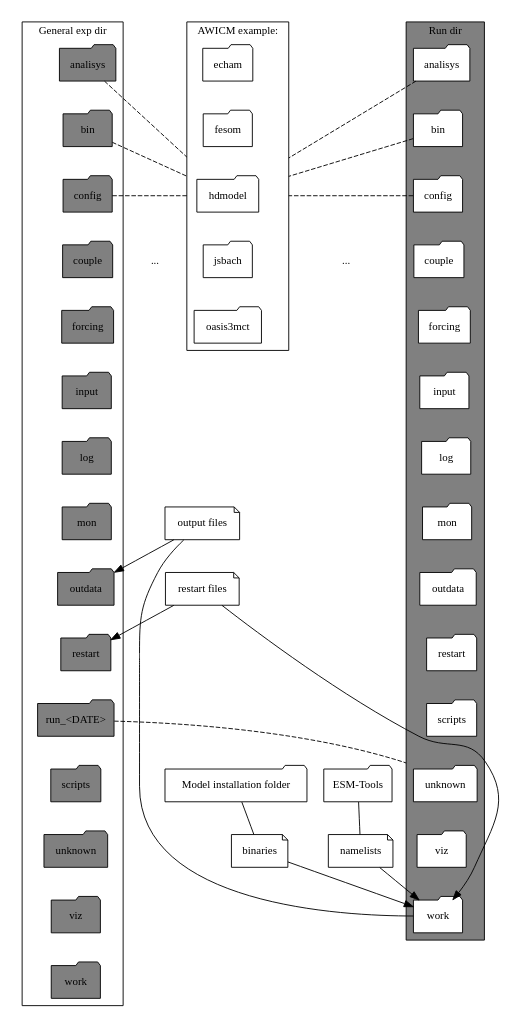
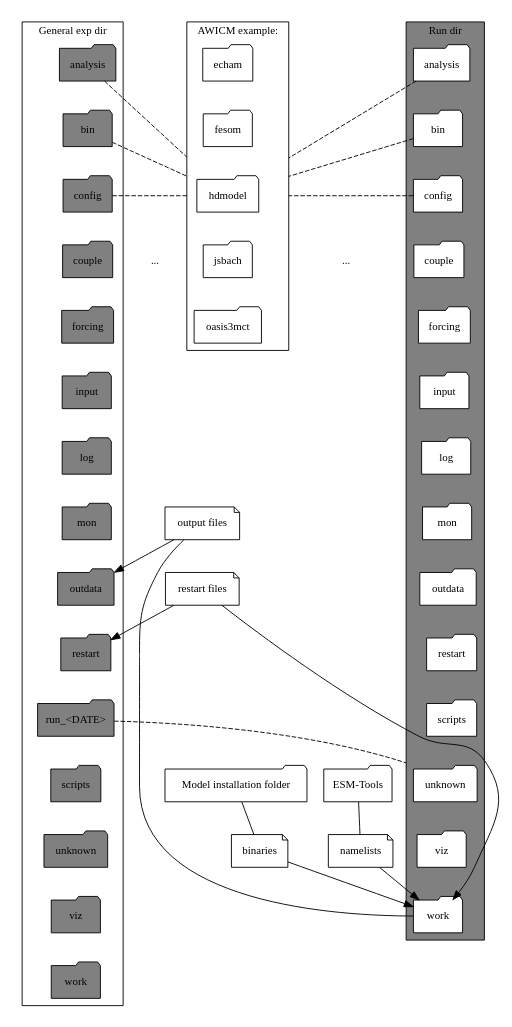
Before and after one commit to esm-tools/esm_tools: the diagram in docs/graph/exp_dir_struct.dot, drawn with Graphviz.

Commit message:
typo in the graph fixed

```diff
--- a/docs/graph/exp_dir_struct.dot
+++ b/docs/graph/exp_dir_struct.dot
@@ -1,140 +1,140 @@
 # WHAT A NIGHTMARE OF GRAPH!
 digraph "dir_struct" {
     size="10.0";
     graph [fontname="Verdana", fontsize="12"];
     node [fontname="Verdana", fontsize="12"];
     edge [fontname="Sans", fontsize="12"];
     rankdir="TB";
     compound=true;
 
     # GENERAL FOLDER SUBGROUP
     subgraph cluster0
     {
         label="General exp dir";
         node [style=filled];
         fontname="bold";
         color=black;
 
         # SUBFOLDERS
-        ane [label="analisys", shape="folder", fillcolor="gray", style=filled];
+        ane [label="analysis", shape="folder", fillcolor="gray", style=filled];
         bie [label="bin", shape="folder", fillcolor="gray", style=filled];
         cfe [label="config", shape="folder", fillcolor="gray", style=filled];
         cpe [label="couple", shape="folder", fillcolor="gray", style=filled];
         foe [label="forcing", shape="folder", fillcolor="gray", style=filled];
         ine [label="input", shape="folder", fillcolor="gray", style=filled];
         loe [label="log", shape="folder", fillcolor="gray", style=filled];
         moe [label="mon", shape="folder", fillcolor="gray", style=filled];
         oue [label="outdata", shape="folder", fillcolor="gray", style=filled];
         ree [label="restart", shape="folder", fillcolor="gray", style=filled];
         rue [label="run_<DATE>", shape="folder", fillcolor="gray", style=filled];
         sce [label="scripts", shape="folder", fillcolor="gray", style=filled];
         une [label="unknown", shape="folder", fillcolor="gray", style=filled];
         vie [label="viz", shape="folder", fillcolor="gray", style=filled];
         woe [label="work", shape="folder", fillcolor="gray", style=filled];
 
         # VERTICAL ALIGNMENT OF SUBFOLDERS
         ane -> bie -> cfe -> cpe -> foe -> ine -> loe -> moe -> oue -> ree -> rue -> sce -> une -> vie -> woe[style=invis];
     }
 
     # RUN FOLDER SUBGROUP
     subgraph cluster1
     {
         label="Run dir";
         node [style=filled];
         fontname="bold";
         style=filled;
         color=black;
         fillcolor=gray;
 
         # SUBFOLDERS
-        anr [label="analisys", shape="folder", fillcolor="white", style=filled];
+        anr [label="analysis", shape="folder", fillcolor="white", style=filled];
         bir [label="bin", shape="folder", fillcolor="white", style=filled];
         cfr [label="config", shape="folder", fillcolor="white", style=filled];
         cpr [label="couple", shape="folder", fillcolor="white", style=filled];
         for [label="forcing", shape="folder", fillcolor="white", style=filled];
         inr [label="input", shape="folder", fillcolor="white", style=filled];
         lor [label="log", shape="folder", fillcolor="white", style=filled];
         mor [label="mon", shape="folder", fillcolor="white", style=filled];
         our [label="outdata", shape="folder", fillcolor="white", style=filled];
         rer [label="restart", shape="folder", fillcolor="white", style=filled];
         scr [label="scripts", shape="folder", fillcolor="white", style=filled];
         unr [label="unknown", shape="folder", fillcolor="white", style=filled];
         vir [label="viz", shape="folder", fillcolor="white", style=filled];
         wor [label="work", shape="folder", fillcolor="white", style=filled];
 
         # VERTICAL ALIGNMENT OF SUBFOLDERS
         anr -> bir -> cfr -> cpr -> for -> inr -> lor -> mor -> our -> rer -> scr -> unr -> vir -> wor [style=invis];
     }
 
     # LINK RUN FOLDER WITH THE RUN FOLDER GROUP (DASHED LINE). lhead_cluster MAKES THE LINE TO STOP AT THE RUN FODLER CLUSTER
     rue -> unr [lhead=cluster1, dir=none, style=dashed, constrain=false];
 
     # EXTERNAL FILES
     "namelists" [shape="note"]
     "binaries" [shape="note"]
 
     # RUN FILES SUBGROUP
     subgraph cluster2
     {
          color=white;
 
          "restart files" [shape="note"]
          "output files" [shape="note"]
 
          # VERTICAL ALIGNMENT OF FILES
          "output files" -> "restart files" [style=invis]
     }
 
     # EXTERNAL SUBGROUP
     subgraph cluster3
     {
         color=white
 
         "ESM-Tools" [shape="folder"]
         "Model installation folder" [shape="folder"]
     }
 
     # EXTERNAL ARROWS
     "ESM-Tools" -> namelists [dir=none]
     namelists -> wor
     "Model installation folder" -> binaries [dir=none]
     binaries -> wor
 
     # RUN FILE ARROWS
     "restart files" -> wor
     "restart files" -> ree
     "output files" -> wor [dir=none]
     "output files" -> oue
 
     # MODEL SUBFOLDER SUBGROUP
     subgraph cluster4
     {
         label="AWICM example:"
         color=black
 
         "echam" [shape="folder"];
         "fesom" [shape="folder"];
         "hdmodel" [shape="folder"];
         "jsbach" [shape="folder"];
         "oasis3mct" [shape="folder"];
 
         # VERTICAL ALIGNMENT OF SUBFOLDERS
         echam -> fesom -> hdmodel -> jsbach -> oasis3mct -> "output files" [style=invis]
     }
 
     # DASHED LINES TO SUBFOLDERS
     ane -> hdmodel [lhead=cluster4, dir=none, style=dashed];
     anr -> hdmodel [lhead=cluster4, dir=none, style=dashed];
     bie -> hdmodel [lhead=cluster4, dir=none, style=dashed];
     bir -> hdmodel [lhead=cluster4, dir=none, style=dashed];
     cfe -> hdmodel [lhead=cluster4, dir=none, style=dashed, constraint=false];
     cfr -> hdmodel [lhead=cluster4, dir=none, style=dashed, constraint=false];
 
     # 3 DOTS TO ILLUSTRATE CONTINUATION OF DASHED LINES TO SUBFOLDERS
     dts1 [label="...", shape="none", fontname="bold", size=15];
     dts2 [label="...", shape="none", fontname="bold", size=15]
 
     # LINK 3 DOTS TO THE FOLDERS AND SUBFODERS SO THAT THEY ARE PLACED IN THE CORRECT POSITION OF THE GRAPH (BELLOW THE LAST DASHED LINES)
     cfe -> dts1 -> oasis3mct  [style=invis, constrain=false]
     cfr -> dts2 -> oasis3mct [style=invis, constrain=false]
 }
```
